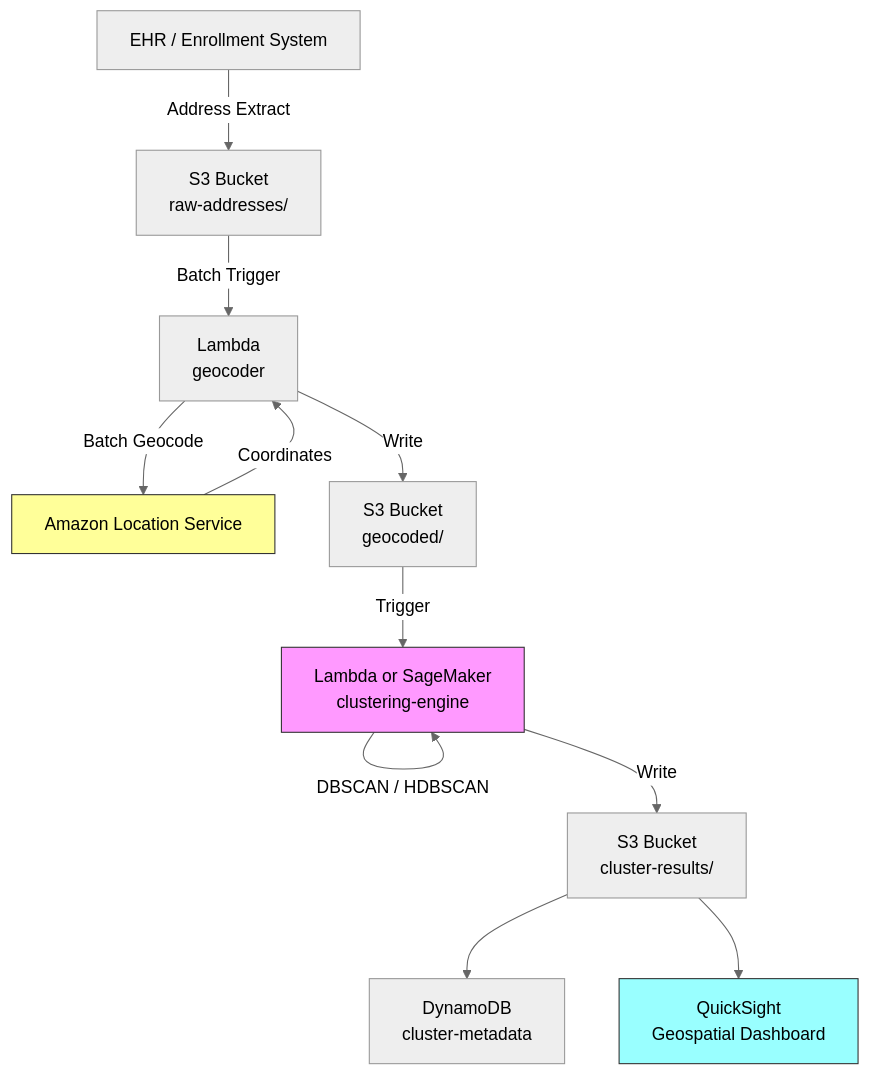
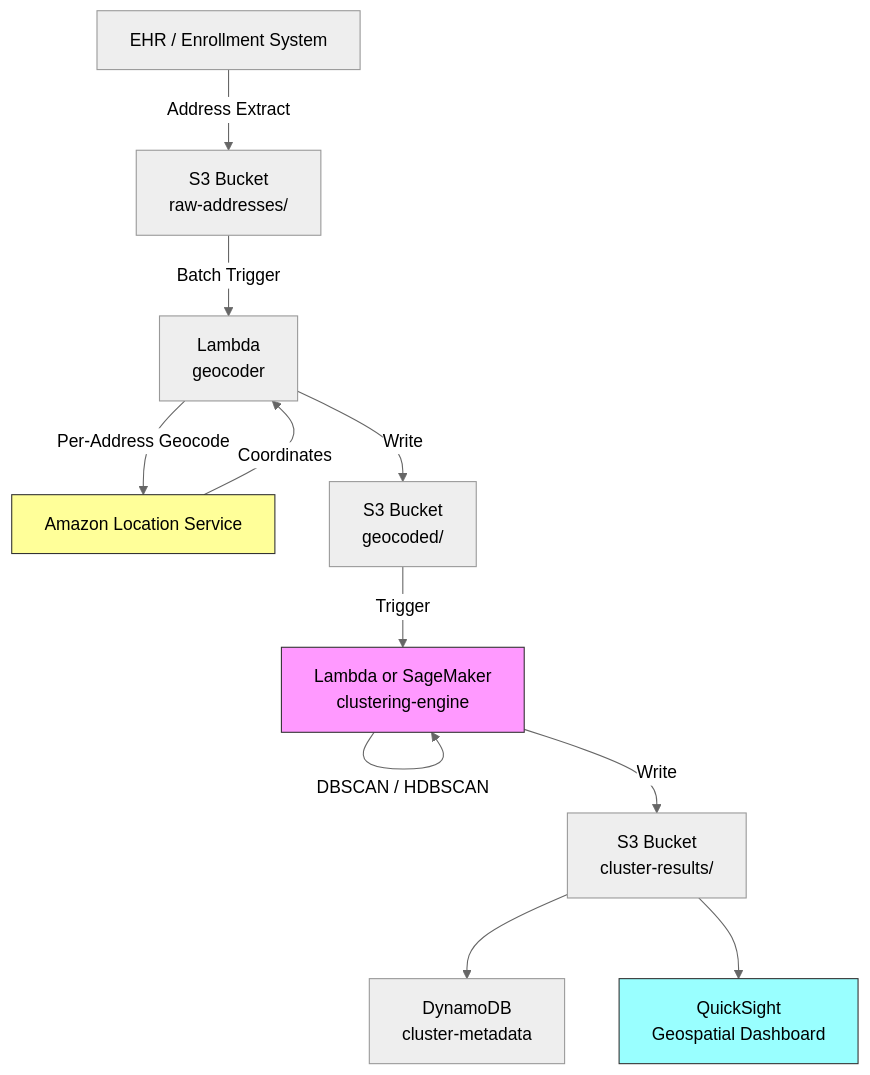
The diagram in chapter06.01-geographic-patient-clustering.md (ccrngd1/HCLS-ai-book), drawn with Mermaid (neutral theme) before and after one commit. The commit also changed other lines of this file and 5 other files, not shown here.

````diff
--- a/chapter06.01-geographic-patient-clustering.md
+++ b/chapter06.01-geographic-patient-clustering.md
@@ -113,17 +115,17 @@
 ```mermaid
 flowchart TD
     A[EHR / Enrollment System] -->|Address Extract| B[S3 Bucket\nraw-addresses/]
     B -->|Batch Trigger| C[Lambda\ngeocoder]
-    C -->|Batch Geocode| D[Amazon Location Service]
+    C -->|Per-Address Geocode| D[Amazon Location Service]
     D -->|Coordinates| C
     C -->|Write| E[S3 Bucket\ngeocoded/]
     E -->|Trigger| F[Lambda or SageMaker\nclustering-engine]
     F -->|DBSCAN / HDBSCAN| F
     F -->|Write| G[S3 Bucket\ncluster-results/]
     G --> H[DynamoDB\ncluster-metadata]
     G --> I[QuickSight\nGeospatial Dashboard]
 
     style D fill:#ff9,stroke:#333
     style F fill:#f9f,stroke:#333
     style I fill:#9ff,stroke:#333
 ```
````
